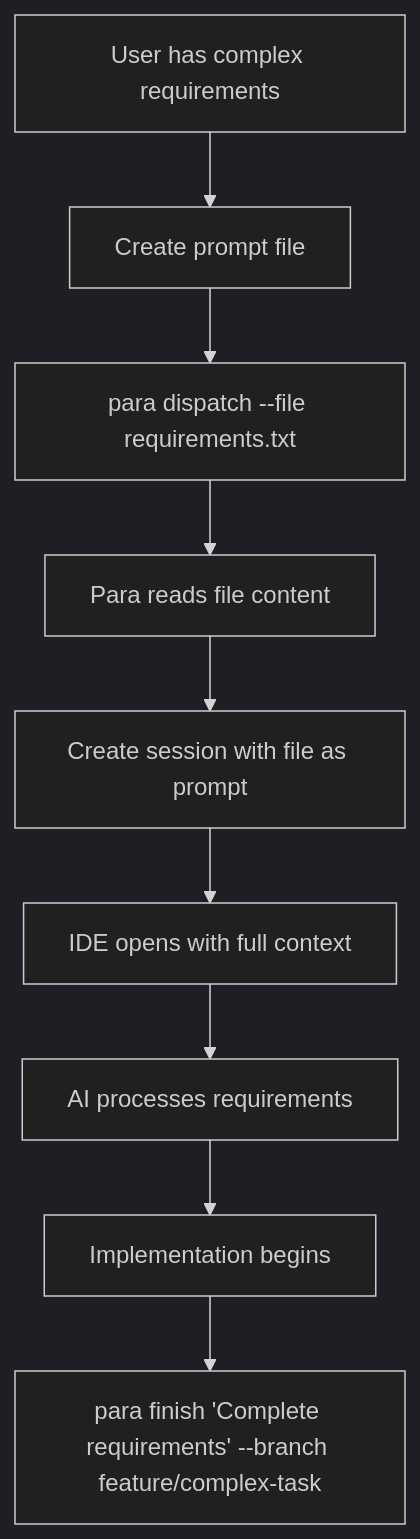
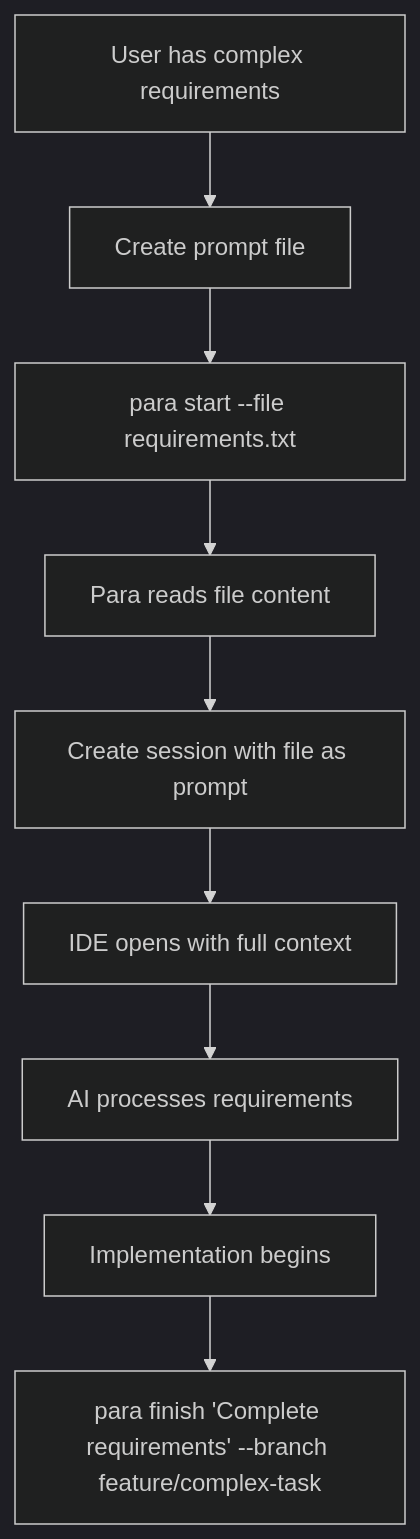
The fourth of 6 diagrams in docs/WORKFLOW.md (2mawi2/para), drawn with Mermaid (dark theme) before and after one commit. The commit also changed other lines of this file and 26 other files, not shown here.

Commit message:
unify dispatch and start to one command

````diff
--- a/docs/WORKFLOW.md
+++ b/docs/WORKFLOW.md
@@ -108,11 +108,11 @@
 ```mermaid
 flowchart TD
     A[User has complex requirements] --> B[Create prompt file]
-    B --> C[para dispatch --file requirements.txt]
+    B --> C[para start --file requirements.txt]
     C --> D[Para reads file content]
     D --> E[Create session with file as prompt]
     E --> F[IDE opens with full context]
     F --> G[AI processes requirements]
     G --> H[Implementation begins]
     H --> I[para finish 'Complete requirements' --branch feature/complex-task]
 ```
````
